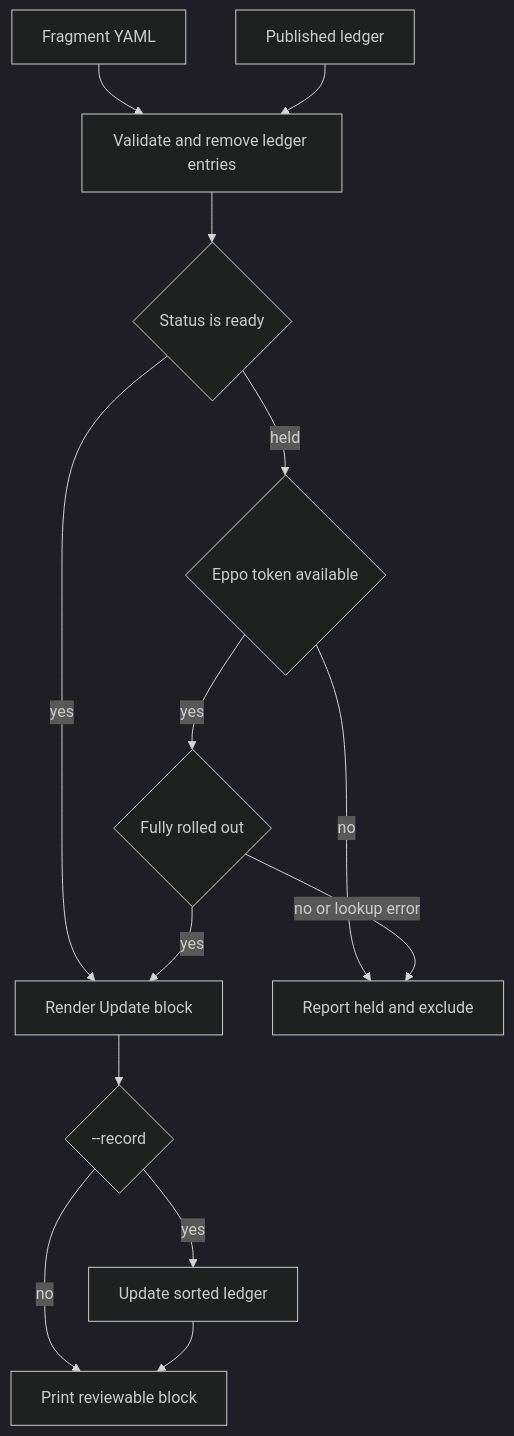
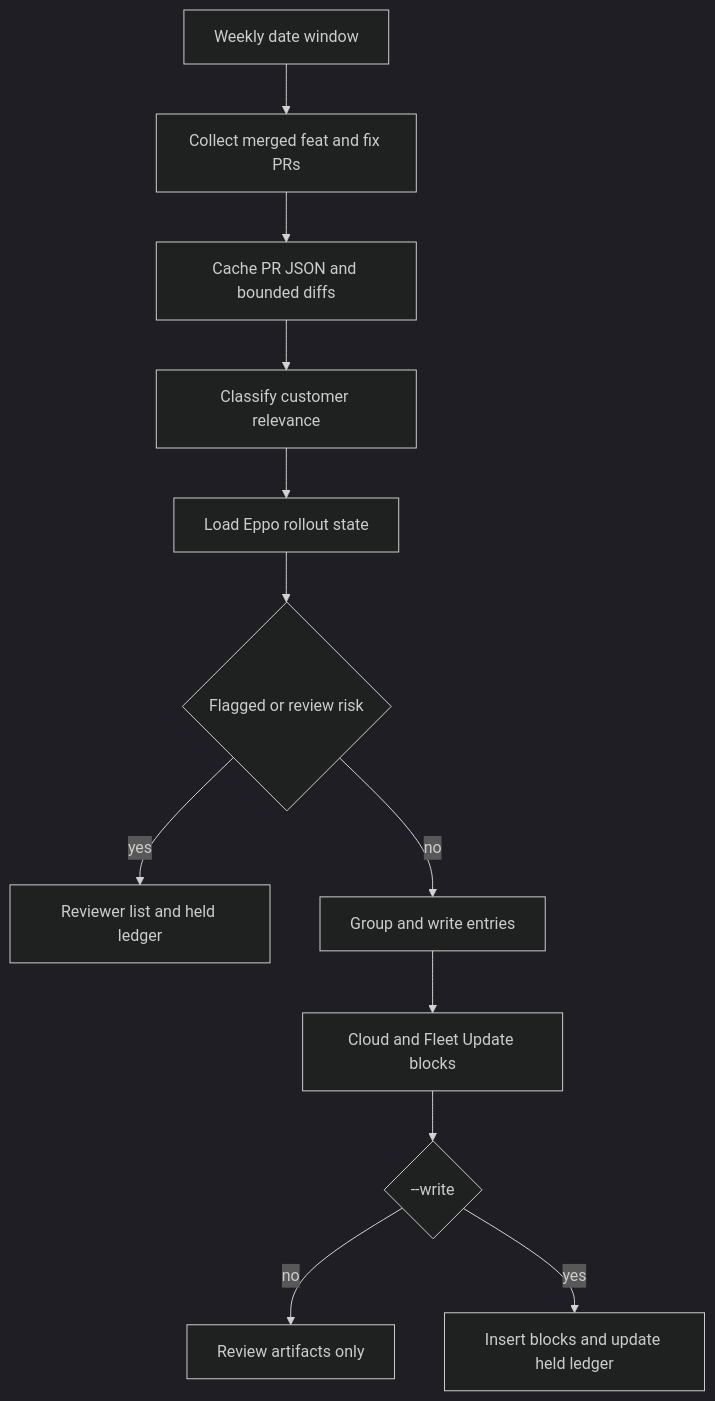
The second of 2 diagrams in openwiki/testing/test-overview.md (langchain-ai/docs), drawn with Mermaid (dark theme) before and after one commit. The commit also changed other lines of this file and 26 other files, not shown here.

````diff
--- a/openwiki/testing/test-overview.md
+++ b/openwiki/testing/test-overview.md
@@ -86,16 +78,14 @@
 ```mermaid
 flowchart TD
-  Fragments["Fragment YAML"] --> Validate["Validate and remove ledger entries"]
-  Ledger["Published ledger"] --> Validate
-  Validate --> Ready{"Status is ready"}
-  Ready -->|"yes"| Render["Render Update block"]
-  Ready -->|"held"| Token{"Eppo token available"}
-  Token -->|"no"| Hold["Report held and exclude"]
-  Token -->|"yes"| Rollout{"Fully rolled out"}
-  Rollout -->|"yes"| Render
-  Rollout -->|"no or lookup error"| Hold
-  Render --> Record{"--record"}
-  Record -->|"yes"| Write["Update sorted ledger"]
-  Record -->|"no"| Output["Print reviewable block"]
-  Write --> Output
+  Window["Weekly date window"] --> Collect["Collect merged feat and fix PRs"]
+  Collect --> Cache["Cache PR JSON and bounded diffs"]
+  Cache --> Classify["Classify customer relevance"]
+  Classify --> Flags["Load Eppo rollout state"]
+  Flags --> Hold{"Flagged or review risk"}
+  Hold -->|"yes"| Reviewer["Reviewer list and held ledger"]
+  Hold -->|"no"| Group["Group and write entries"]
+  Group --> Render["Cloud and Fleet Update blocks"]
+  Render --> Write{"--write"}
+  Write -->|"no"| Review["Review artifacts only"]
+  Write -->|"yes"| Targets["Insert blocks and update held ledger"]
 ```
````
